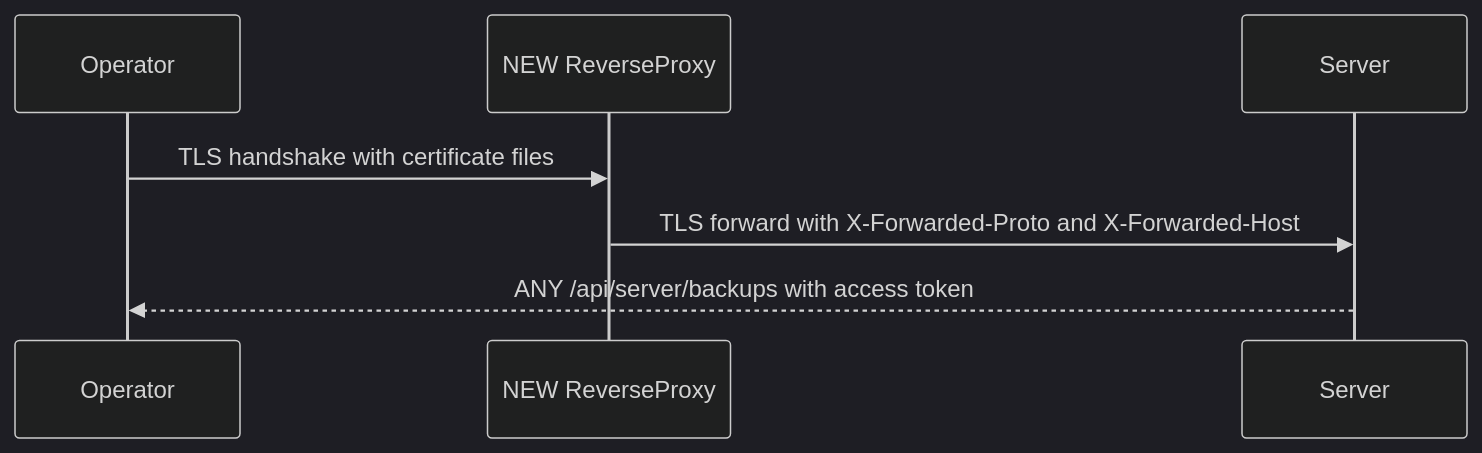
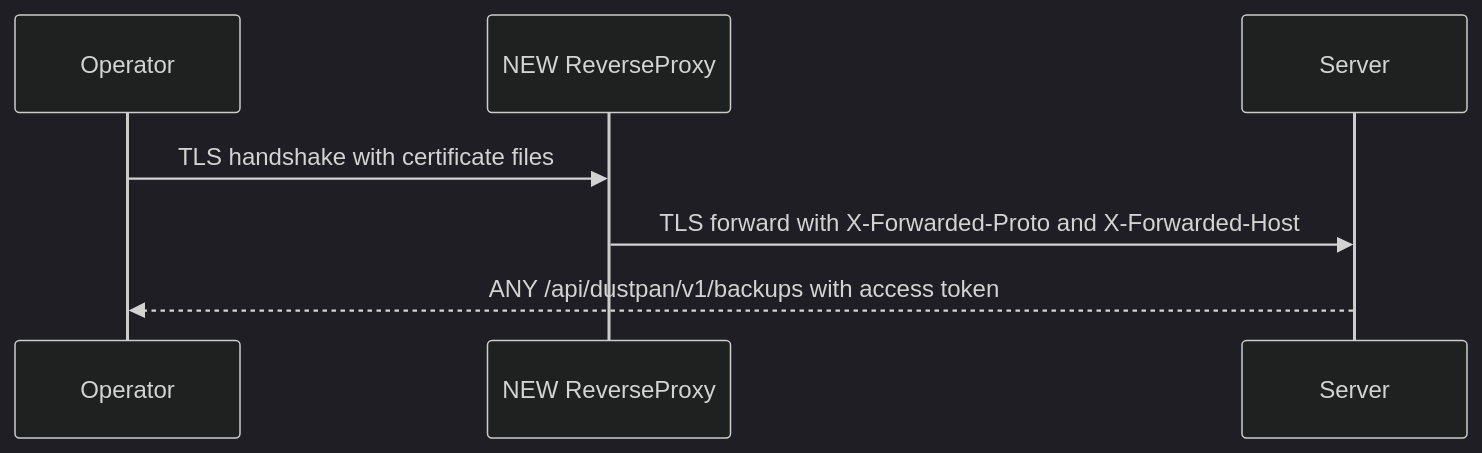
One commit to OpenDustpan/OpenDustpan changed the first of 3 diagrams in openspec/changes/production-install-guide/design.md. Above: the diagram before and after it, drawn with Mermaid (dark theme). The commit also changed other lines of this file and 16 other files, not shown here.

````diff
--- a/openspec/changes/production-install-guide/design.md
+++ b/openspec/changes/production-install-guide/design.md
@@ -23,9 +23,9 @@
 ```mermaid
 sequenceDiagram
 participant O as Operator
 participant P as NEW ReverseProxy
 participant S as Server
 O->>P: TLS handshake with certificate files
 P->>S: TLS forward with X-Forwarded-Proto and X-Forwarded-Host
-S-->>O: ANY /api/server/backups with access token
+S-->>O: ANY /api/dustpan/v1/backups with access token
 ```
````
